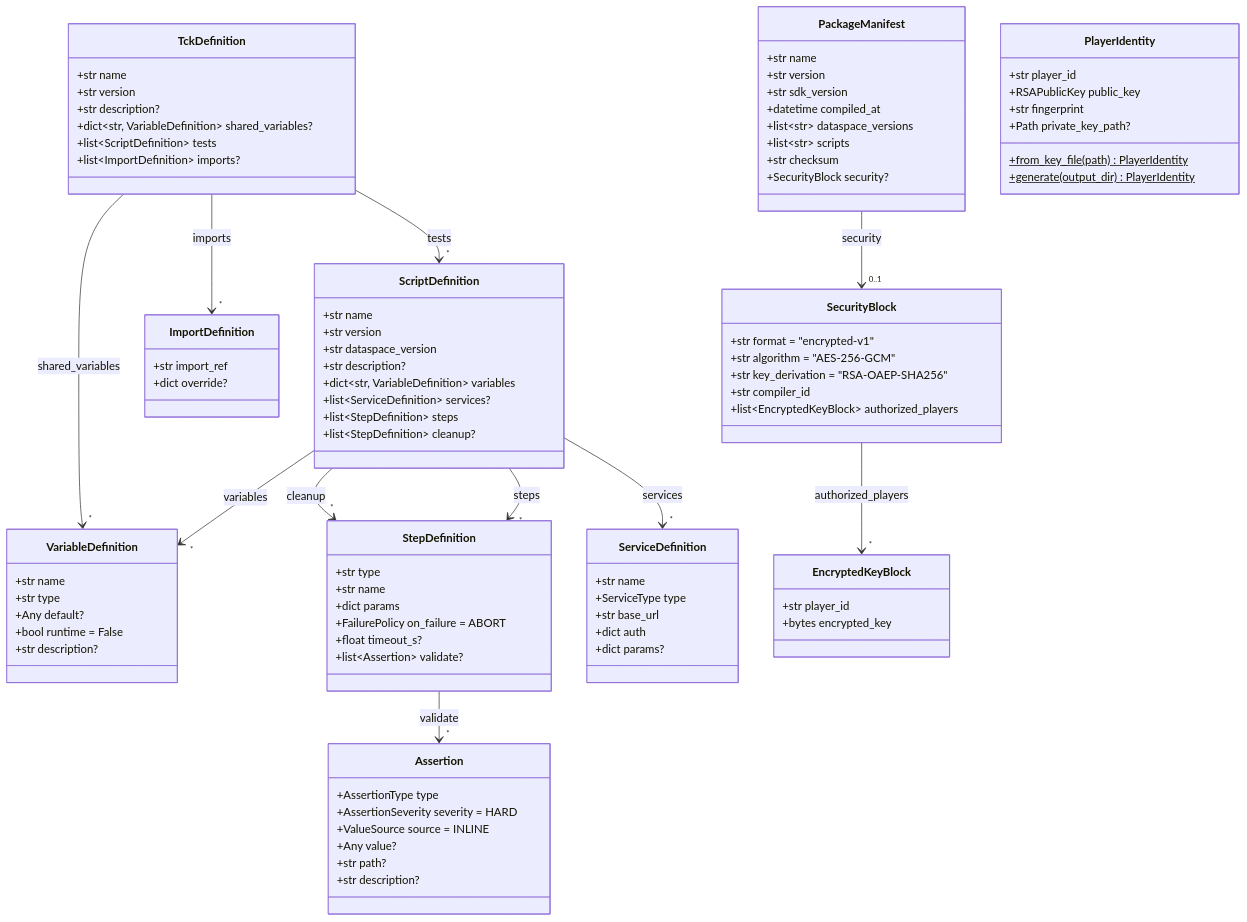
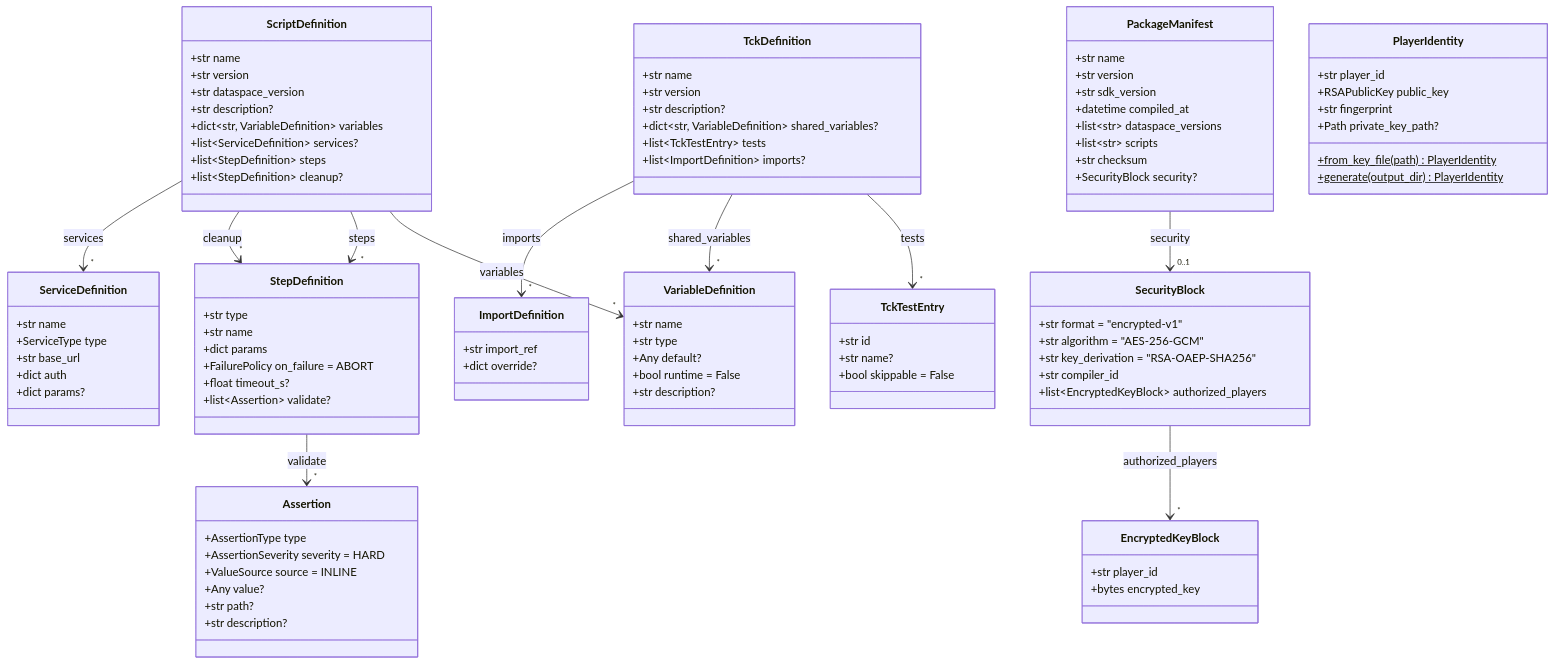
The first of 8 diagrams in docs/specification/specification/data-models.md (tudorfrincu1/tractusx-testlab), drawn with Mermaid before and after one commit. The commit also changed other lines of this file and 5 other files, not shown here.

Commit message:
docs: Add test-level skip configuration and update documentation for skippable tests

````diff
--- a/docs/specification/specification/data-models.md
+++ b/docs/specification/specification/data-models.md
@@ -88,12 +88,18 @@
         +dict params?
     }
 
+    class TckTestEntry {
+        +str id
+        +str name?
+        +bool skippable = False
+    }
+
     class TckDefinition {
         +str name
         +str version
         +str description?
         +dict~str, VariableDefinition~ shared_variables?
-        +list~ScriptDefinition~ tests
+        +list~TckTestEntry~ tests
         +list~ImportDefinition~ imports?
     }
 
@@ -143,7 +149,7 @@
     ScriptDefinition --> "*" StepDefinition : cleanup
     ScriptDefinition --> "*" ServiceDefinition : services
     StepDefinition --> "*" Assertion : validate
-    TckDefinition --> "*" ScriptDefinition : tests
+    TckDefinition --> "*" TckTestEntry : tests
     TckDefinition --> "*" VariableDefinition : shared_variables
     TckDefinition --> "*" ImportDefinition : imports
 ```
````
